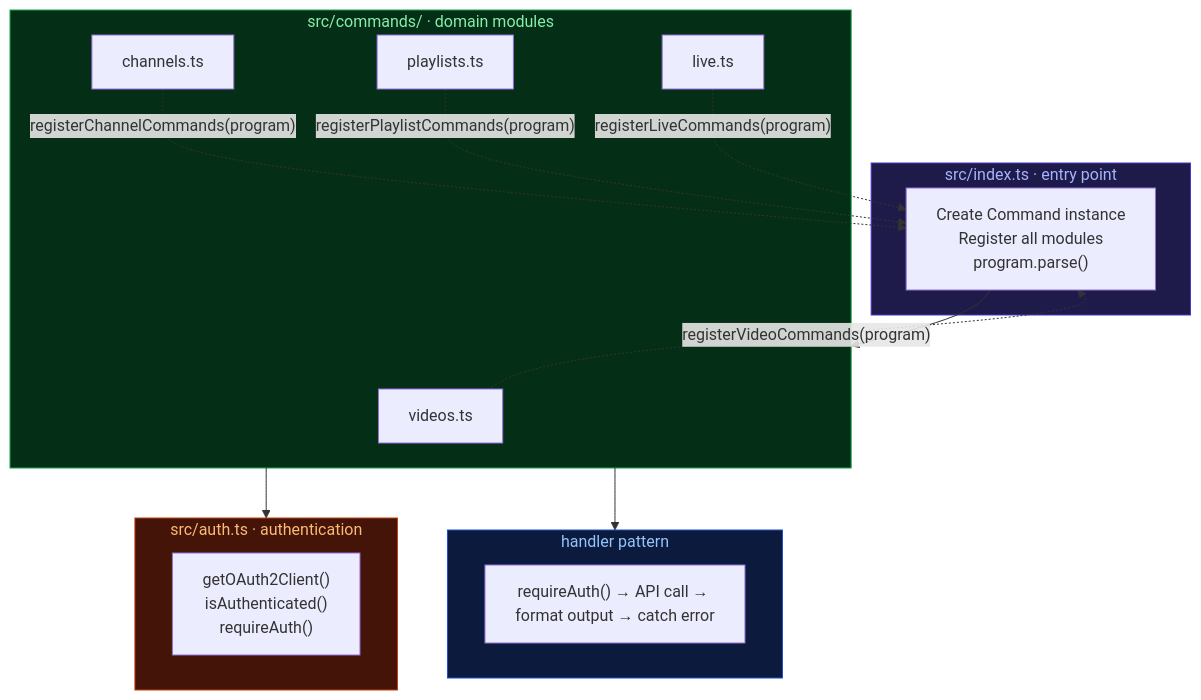
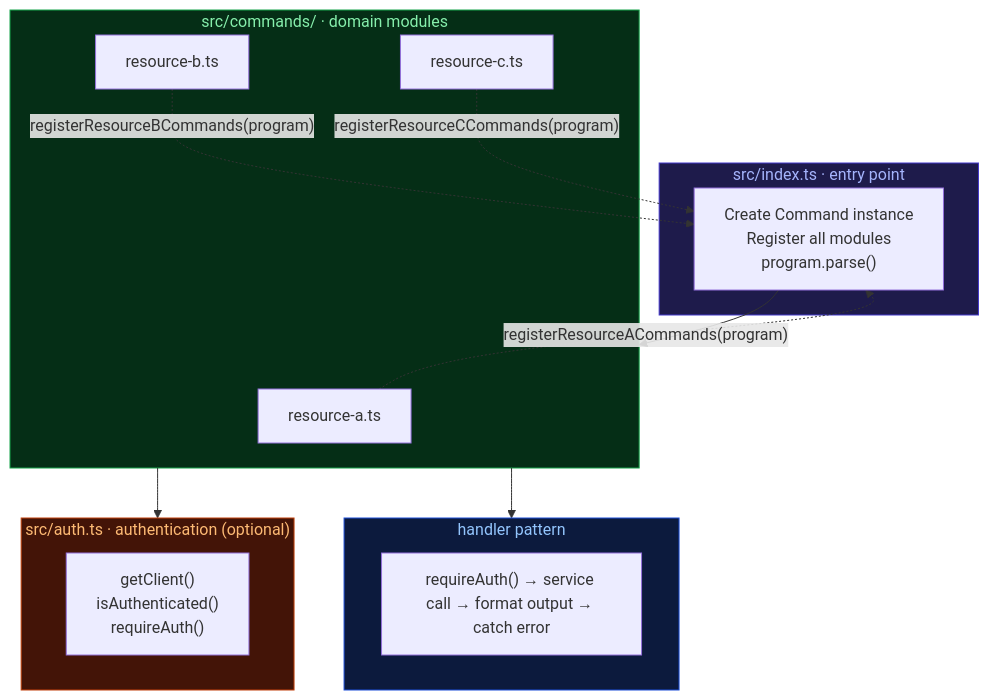
The diagram in cli-tool-pattern.md (0xemc/templates), drawn with Mermaid before and after one commit. The commit also changed other lines of this file, not shown here.

````diff
--- a/cli-tool-pattern.md
+++ b/cli-tool-pattern.md
@@ -15,34 +15,32 @@
 ```mermaid
 flowchart TD
     subgraph ENTRY["src/index.ts · entry point"]
         E["Create Command instance\nRegister all modules\nprogram.parse()"]
     end
 
     subgraph MODULES["src/commands/ · domain modules"]
-        V["videos.ts"]
-        C["channels.ts"]
-        P["playlists.ts"]
-        L["live.ts"]
-        V -. "registerVideoCommands(program)" .-> E
-        C -. "registerChannelCommands(program)" .-> E
-        P -. "registerPlaylistCommands(program)" .-> E
-        L -. "registerLiveCommands(program)" .-> E
+        M1["resource-a.ts"]
+        M2["resource-b.ts"]
+        M3["resource-c.ts"]
+        M1 -. "registerResourceACommands(program)" .-> E
+        M2 -. "registerResourceBCommands(program)" .-> E
+        M3 -. "registerResourceCCommands(program)" .-> E
     end
 
-    subgraph AUTH["src/auth.ts · authentication"]
-        A["getOAuth2Client()\nisAuthenticated()\nrequireAuth()"]
+    subgraph AUTH["src/auth.ts · authentication (optional)"]
+        A["getClient()\nisAuthenticated()\nrequireAuth()"]
     end
 
     subgraph HANDLER["handler pattern"]
-        H["requireAuth() → API call → format output → catch error"]
+        H["requireAuth() → service call → format output → catch error"]
     end
 
     E --> MODULES
     MODULES --> AUTH
     MODULES --> HANDLER
 
     style ENTRY fill:#1e1b4b,stroke:#4338ca,color:#a5b4fc
     style MODULES fill:#052e16,stroke:#16a34a,color:#86efac
     style AUTH fill:#431407,stroke:#c2410c,color:#fdba74
     style HANDLER fill:#0c1a3d,stroke:#1d4ed8,color:#93c5fd
 ```
````
